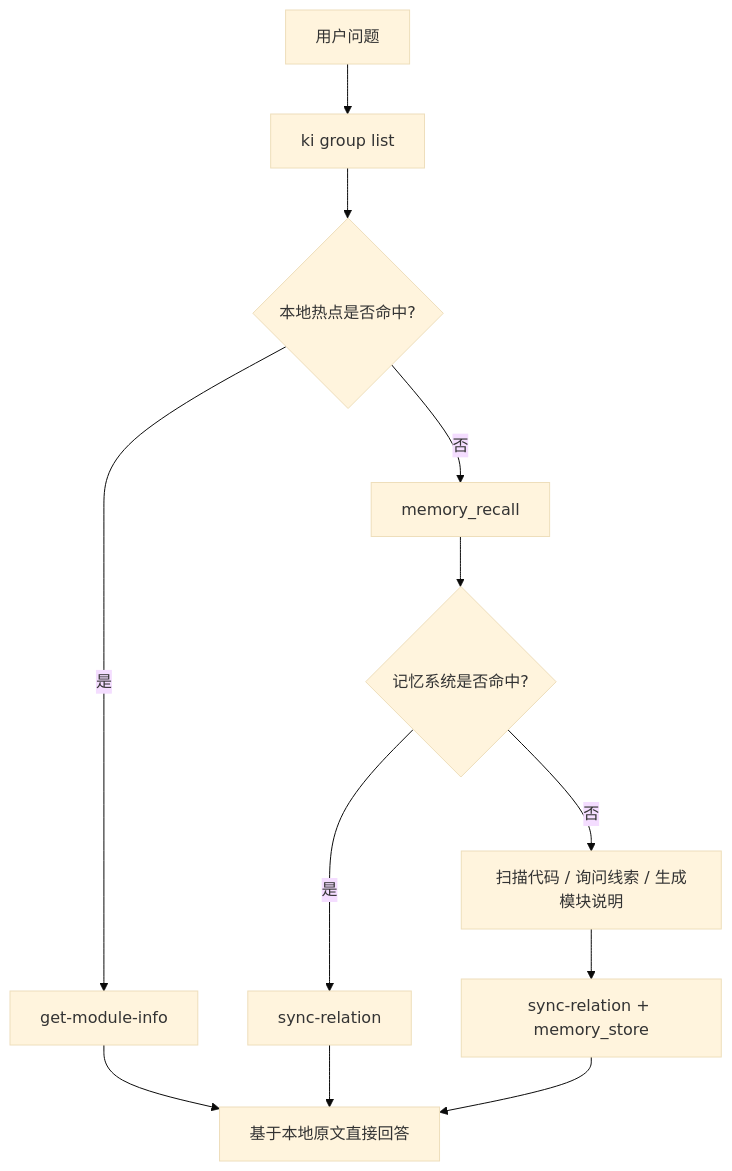
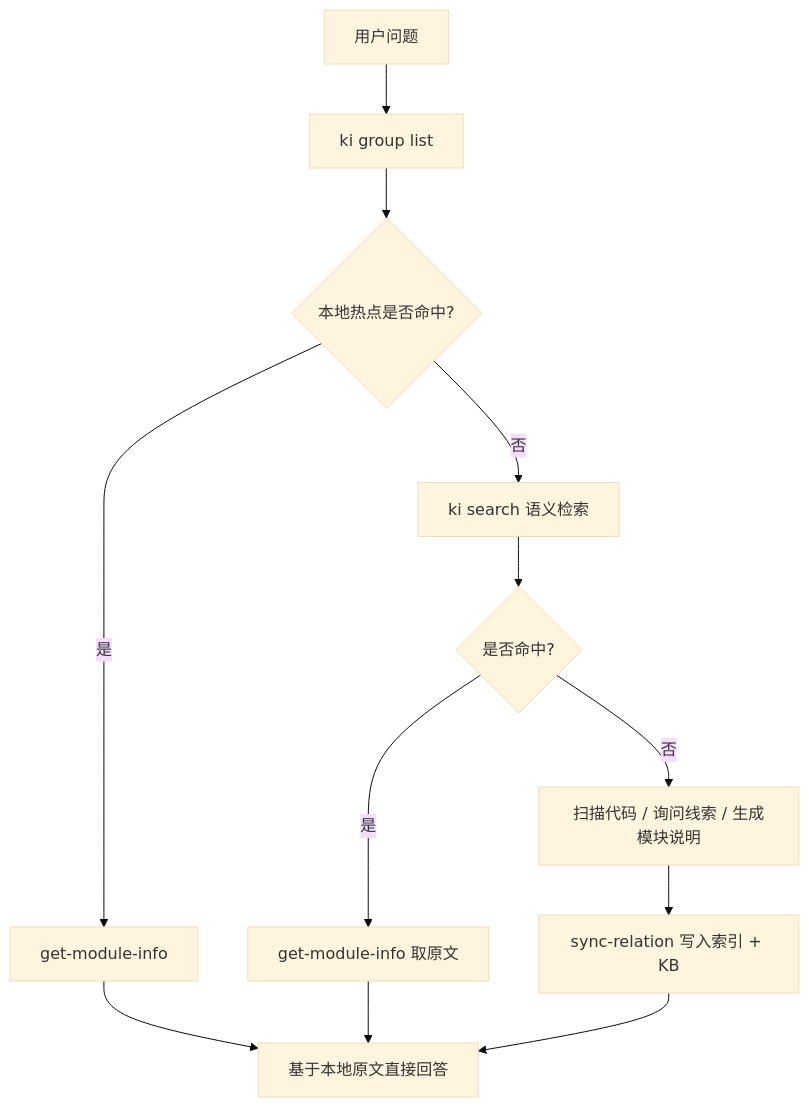
The diagram in docs/workflows.md (HACK-WU/kisearch), drawn with Mermaid (base theme) before and after one commit. The commit also changed other lines of this file and 22 other files, not shown here.

````diff
--- a/docs/workflows.md
+++ b/docs/workflows.md
@@ -67,14 +64,14 @@
 ```mermaid
 flowchart TD
     Q[用户问题] --> G[ki group list]
     G --> H{本地热点是否命中?}
     H -- 是 --> M[get-module-info]
     M --> A[基于本地原文直接回答]
-    H -- 否 --> R[memory_recall]
-    R --> F{记忆系统是否命中?}
-    F -- 是 --> S[sync-relation]
+    H -- 否 --> R[ki search 语义检索]
+    R --> F{是否命中?}
+    F -- 是 --> S[get-module-info 取原文]
     S --> A
     F -- 否 --> C[扫描代码 / 询问线索 / 生成模块说明]
-    C --> D[sync-relation + memory_store]
+    C --> D[sync-relation 写入索引 + KB]
     D --> A
 ```
````
